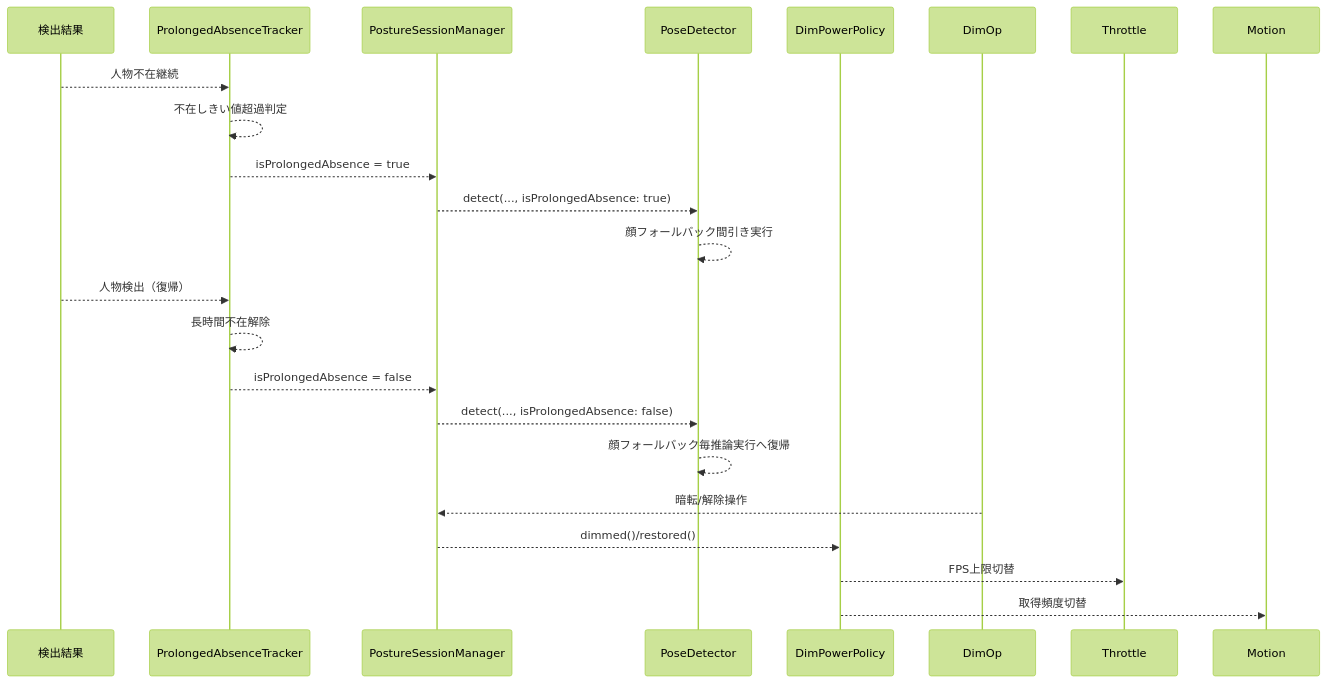
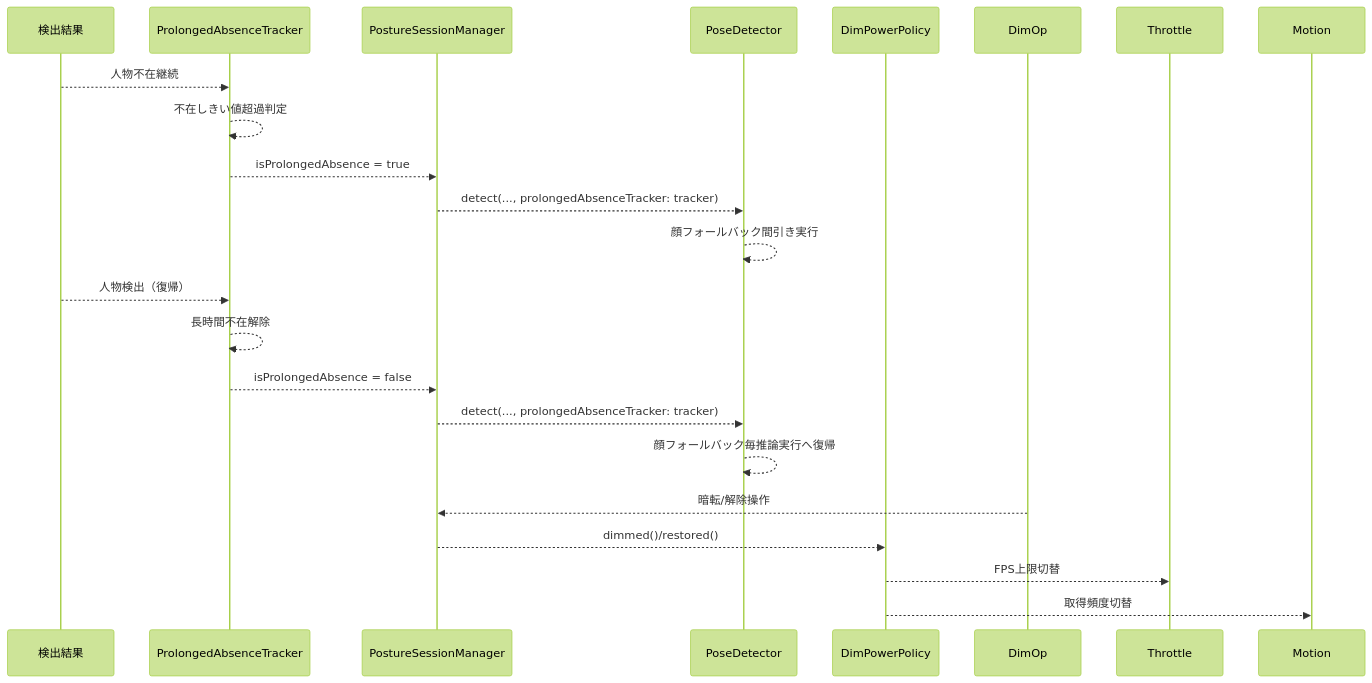
Before and after one commit to da-shina/nekoze-fix: the second of 3 diagrams in .kiro/specs/absent-vision-reduction/design.md, drawn with Mermaid (forest theme). The commit also changed other lines of this file and 3 other files, not shown here.

````diff
--- a/.kiro/specs/absent-vision-reduction/design.md
+++ b/.kiro/specs/absent-vision-reduction/design.md
@@ -159,25 +159,25 @@
 ```mermaid
 sequenceDiagram
     participant Detect as 検出結果
     participant Tracker as ProlongedAbsenceTracker
     participant Session as PostureSessionManager
     participant PoseD as PoseDetector
     participant Policy as DimPowerPolicy
 
     Detect -->> Tracker: 人物不在継続
     Tracker -->> Tracker: 不在しきい値超過判定
     Tracker -->> Session: isProlongedAbsence = true
-    Session -->> PoseD: detect(..., isProlongedAbsence: true)
+    Session -->> PoseD: detect(..., prolongedAbsenceTracker: tracker)
     PoseD -->> PoseD: 顔フォールバック間引き実行
     
     Detect -->> Tracker: 人物検出（復帰）
     Tracker -->> Tracker: 長時間不在解除
     Tracker -->> Session: isProlongedAbsence = false
-    Session -->> PoseD: detect(..., isProlongedAbsence: false)
+    Session -->> PoseD: detect(..., prolongedAbsenceTracker: tracker)
     PoseD -->> PoseD: 顔フォールバック毎推論実行へ復帰
     
     DimOp -->> Session: 暗転/解除操作
     Session -->> Policy: dimmed()/restored()
     Policy -->> Throttle: FPS上限切替
     Policy -->> Motion: 取得頻度切替
 ```
````
